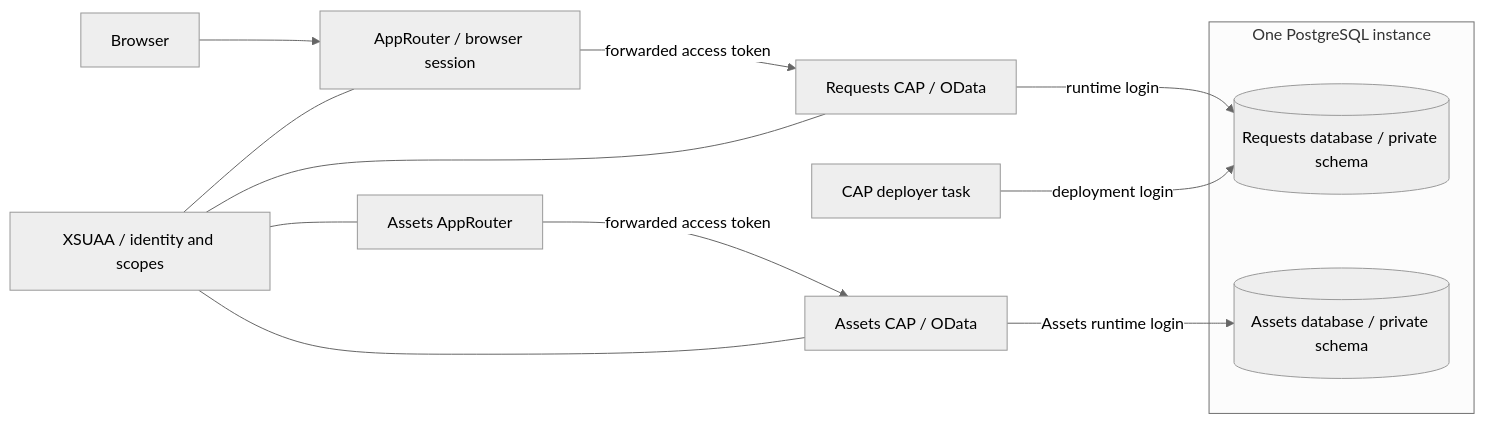
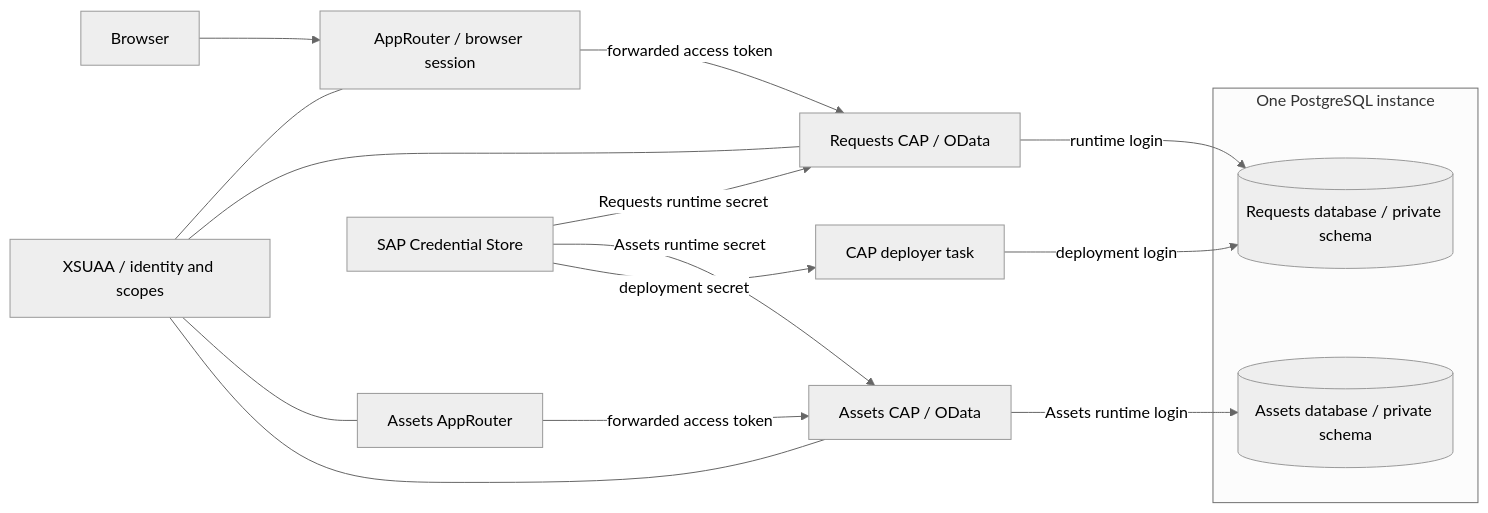
One commit to carlosribeirodev/sap-cap-postgres-cloud-foundry changed the diagram in README.md. Above: the diagram before and after it, drawn with Mermaid (neutral theme). The commit also changed other lines of this file and 26 other files, not shown here.

Commit message:
feat: manage isolated PostgreSQL credentials in SAP Credential Store

````diff
--- a/README.md
+++ b/README.md
@@ -14,17 +14,20 @@
 ```mermaid
 flowchart LR
   Browser --> Router[AppRouter / browser session]
   Router -->|forwarded access token| API[Requests CAP / OData]
   XSUAA[XSUAA / identity and scopes] --- Router
   XSUAA --- API
   API -->|runtime login| Requests[(Requests database / private schema)]
   Deployer[CAP deployer task] -->|deployment login| Requests
   AssetsRouter[Assets AppRouter] -->|forwarded access token| AssetsAPI[Assets CAP / OData]
   AssetsAPI -->|Assets runtime login| Assets
   XSUAA --- AssetsRouter
   XSUAA --- AssetsAPI
+  Vault[SAP Credential Store] -->|Requests runtime secret| API
+  Vault -->|Assets runtime secret| AssetsAPI
+  Vault -->|deployment secret| Deployer
   subgraph PostgreSQL[One PostgreSQL instance]
     Requests
     Assets[(Assets database / private schema)]
   end
 ```
````
